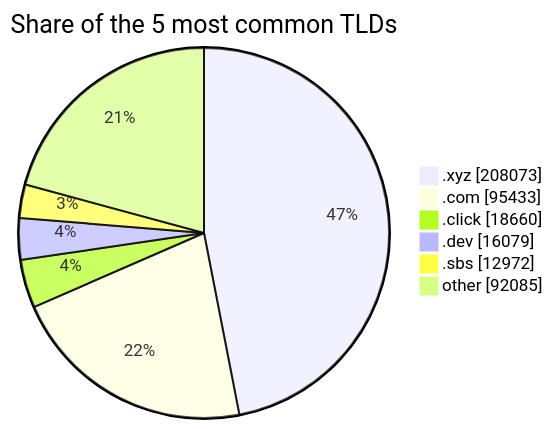
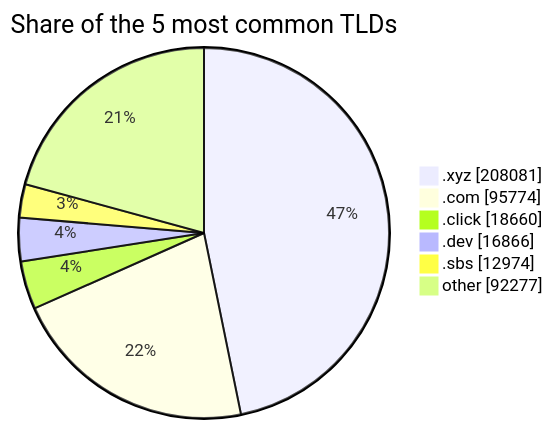
Before and after one commit to DNSBunker/CTI: the second of 2 diagrams in README.md, drawn with Mermaid. The commit also changed other lines of this file and 4 other files, not shown here.

````diff
--- a/README.md
+++ b/README.md
@@ -72,9 +72,9 @@
 ```mermaid
 pie showData title Share of the 5 most common TLDs
-    ".xyz" : 208073
-    ".com" : 95433
+    ".xyz" : 208081
+    ".com" : 95774
     ".click" : 18660
-    ".dev" : 16079
-    ".sbs" : 12972
-    "other" : 92085
+    ".dev" : 16866
+    ".sbs" : 12974
+    "other" : 92277
 ```
````
